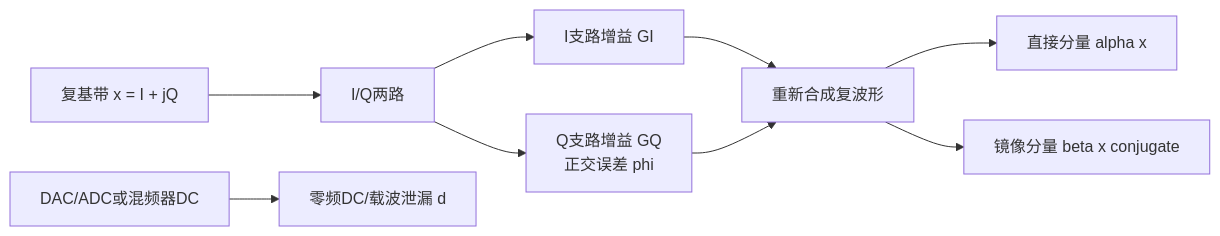
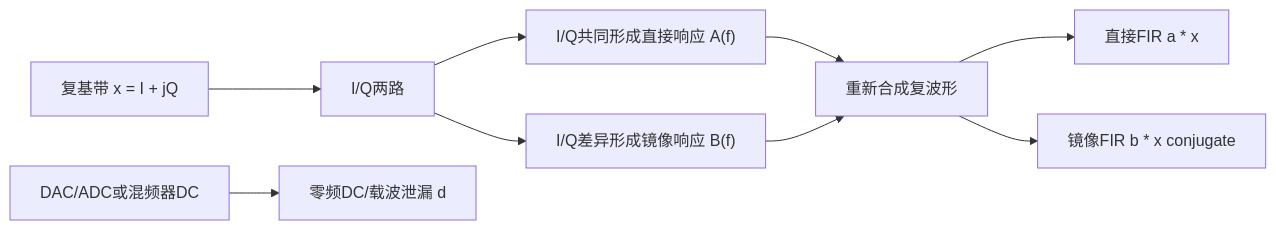
One commit to niyilu45/DPD_ILC changed the second of 9 diagrams in doc/Channel.md. Above: the diagram before and after it, drawn with Mermaid. The commit also changed other lines of this file and 6 other files, not shown here.

````diff
--- a/doc/Channel.md
+++ b/doc/Channel.md
@@ -386,11 +418,11 @@
 ```mermaid
 flowchart LR
     x["复基带 x = I + jQ"] --> split["I/Q两路"]
-    split --> iPath["I支路增益 GI"]
-    split --> qPath["Q支路增益 GQ<br/>正交误差 phi"]
+    split --> iPath["I/Q共同形成直接响应 A(f)"]
+    split --> qPath["I/Q差异形成镜像响应 B(f)"]
     iPath --> combine["重新合成复波形"]
     qPath --> combine
-    combine --> direct["直接分量 alpha x"]
-    combine --> image["镜像分量 beta x conjugate"]
+    combine --> direct["直接FIR a * x"]
+    combine --> image["镜像FIR b * x conjugate"]
     dc["DAC/ADC或混频器DC"] --> leakage["零频DC/载波泄漏 d"]
 ```
````
